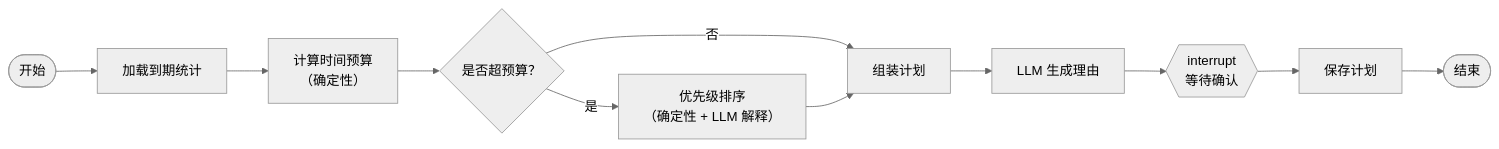
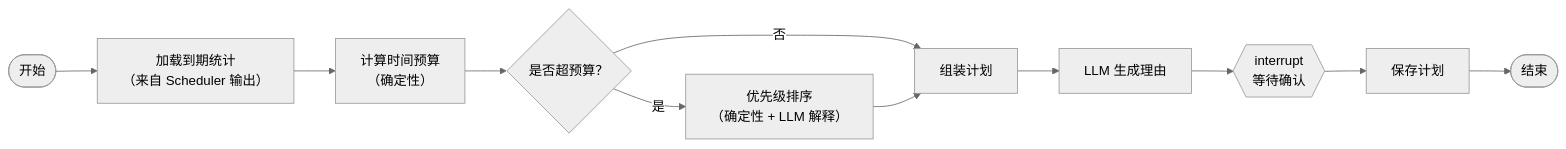
Before and after one commit to RatherHard/CardSharp: the ninth of 17 diagrams in docs/03-MVP设计文档.md, drawn with Mermaid (neutral theme). The commit also changed other lines of this file, not shown here.

````diff
--- a/docs/03-MVP设计文档.md
+++ b/docs/03-MVP设计文档.md
@@ -740,13 +1008,13 @@
 ```mermaid
 flowchart LR
-    Start([开始]) --> Load["加载到期统计"]
+    Start([开始]) --> Load["加载到期统计<br/>（来自 Scheduler 输出）"]
     Load --> Budget["计算时间预算<br/>（确定性）"]
     Budget --> Decide{"是否超预算？"}
     Decide -->|是| Prioritize["优先级排序<br/>（确定性 + LLM 解释）"]
     Decide -->|否| Compose["组装计划"]
     Prioritize --> Compose
     Compose --> Explain["LLM 生成理由"]
     Explain --> Confirm{{"interrupt<br/>等待确认"}}
     Confirm --> Save["保存计划"]
     Save --> End([结束])
 ```
````
